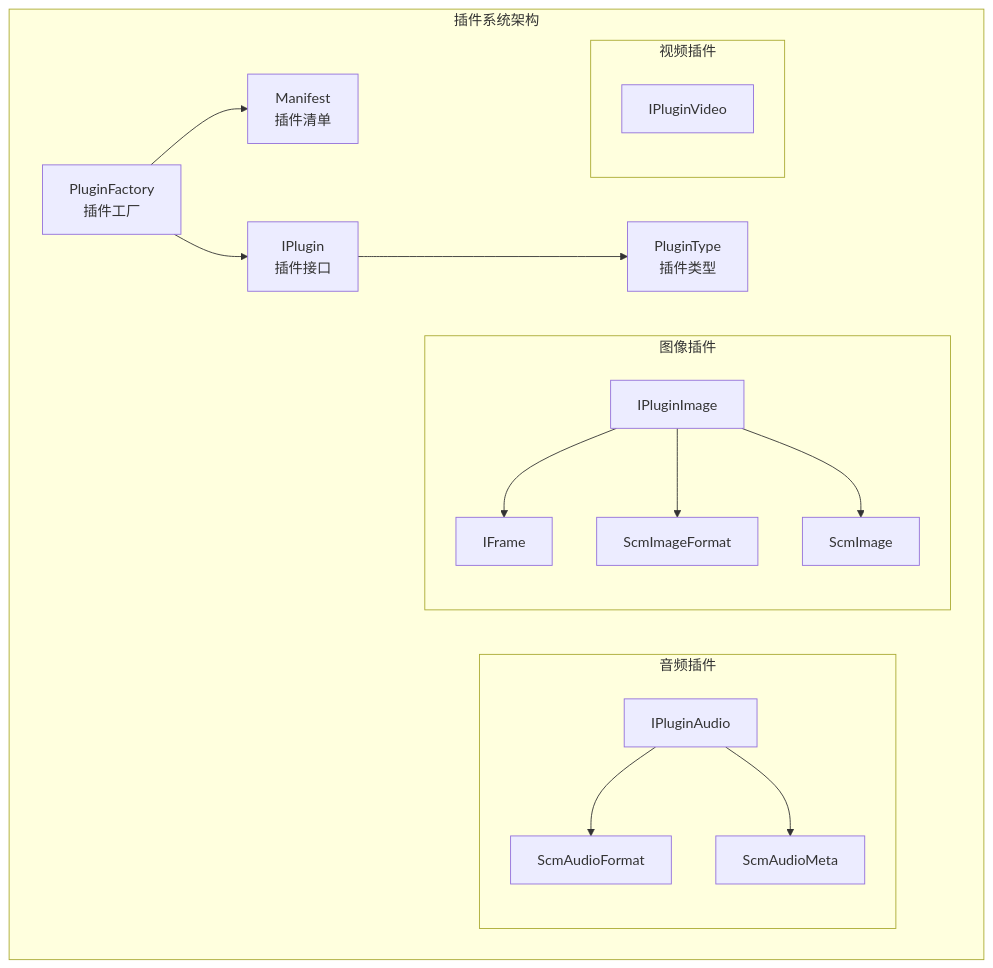
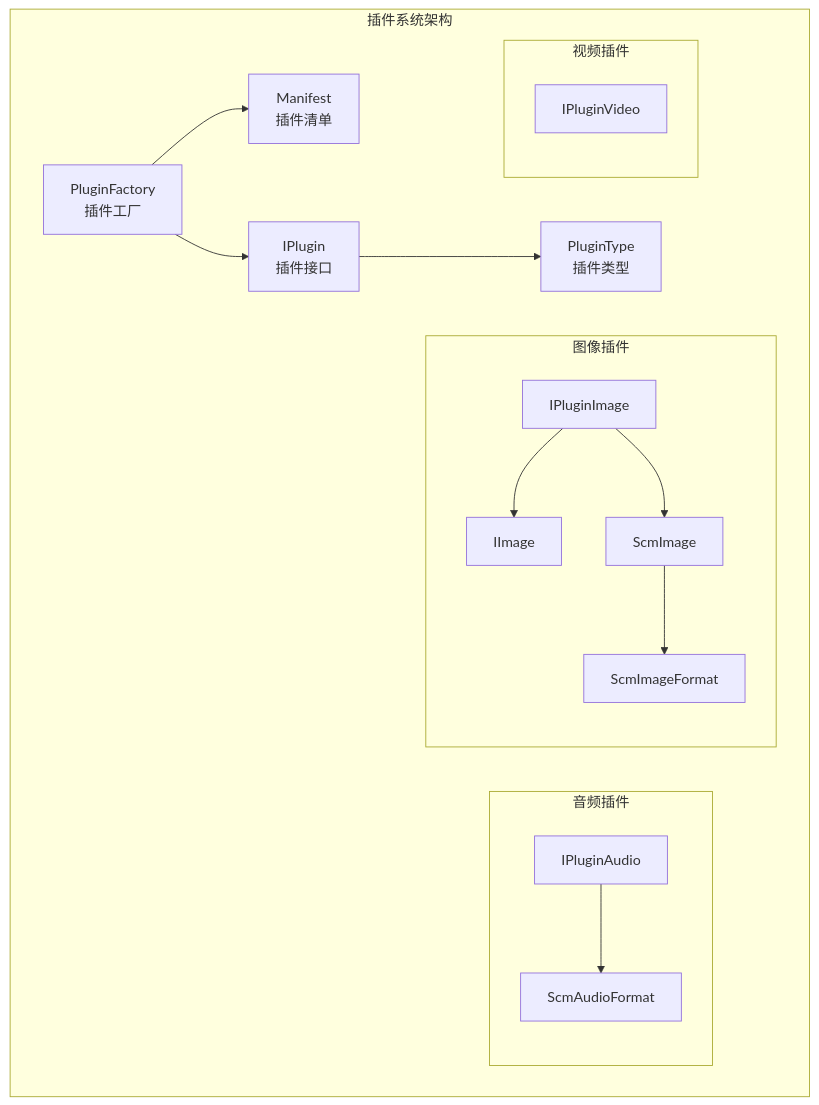
The first of 6 diagrams in .qoder/repowiki/zh/content/插件扩展系统/插件扩展系统.md (leadiot/Scm.Net), drawn with Mermaid before and after one commit. The commit also changed other lines of this file and 17 other files, not shown here.

````diff
--- a/.qoder/repowiki/zh/content/插件扩展系统/插件扩展系统.md
+++ b/.qoder/repowiki/zh/content/插件扩展系统/插件扩展系统.md
@@ -56,31 +58,29 @@
 ```mermaid
 graph TB
 subgraph "插件系统架构"
 Factory["PluginFactory<br/>插件工厂"]
 Manifest["Manifest<br/>插件清单"]
 IPlugin["IPlugin<br/>插件接口"]
 PluginType["PluginType<br/>插件类型"]
 subgraph "音频插件"
 IAudio["IPluginAudio"]
 AudioFormat["ScmAudioFormat"]
-AudioMeta["ScmAudioMeta"]
 end
 subgraph "图像插件"
 IImage["IPluginImage"]
-IFrame["IFrame"]
+IImageInterface["IImage"]
+ScmImage["ScmImage"]
 ImageFormat["ScmImageFormat"]
-ScmImage["ScmImage"]
 end
 subgraph "视频插件"
 IVideo["IPluginVideo"]
 end
 end
 Factory --> Manifest
 Factory --> IPlugin
 IPlugin --> PluginType
 IAudio --> AudioFormat
-IAudio --> AudioMeta
-IImage --> IFrame
-IImage --> ImageFormat
+IImage --> IImageInterface
 IImage --> ScmImage
+ScmImage --> ImageFormat
 ```
````
